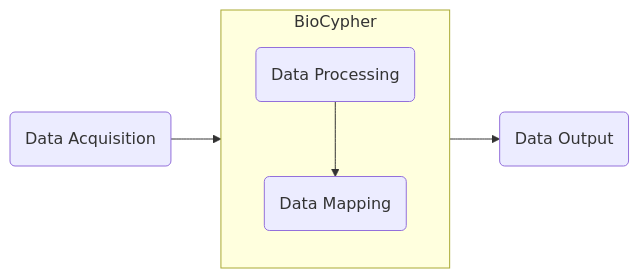
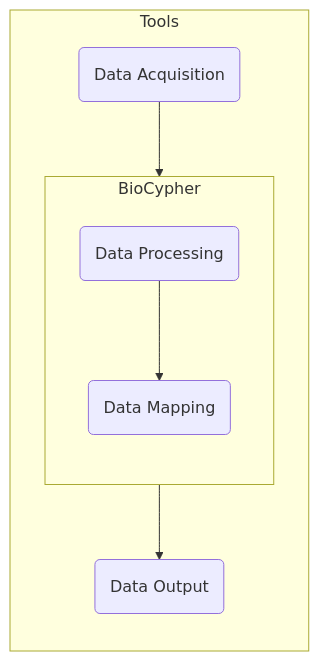
Before and after one commit to HealthECCO/community-resources: the second of 2 diagrams in README.md, drawn with Mermaid.

````diff
--- a/README.md
+++ b/README.md
@@ -12,10 +12,12 @@
 ```mermaid
-  graph LR; 
+  flowchart LR; 
+    subgraph Tools
       DA(Data Acquisition)-->DP(Data Processing);
       subgraph BioCypher
       direction TB
         DP-->DM(Data Mapping);
       end
       DM-->DO(Data Output);
+     end
     click DA "https://www.github.com"
 ```
````
